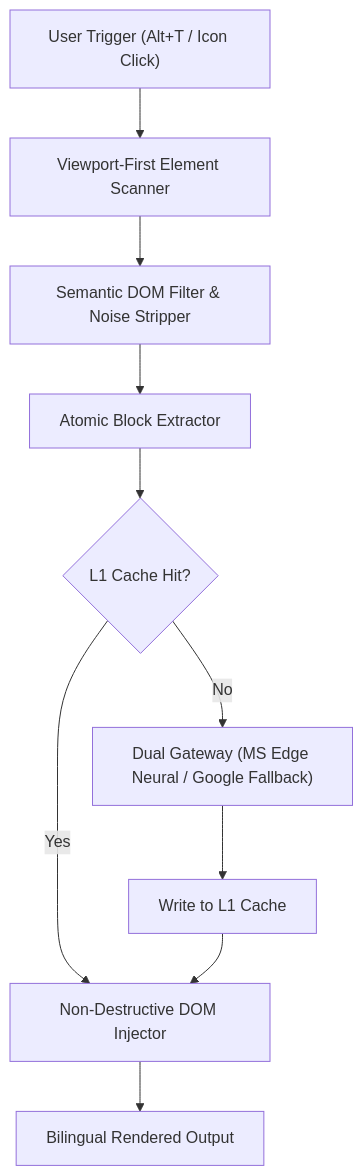
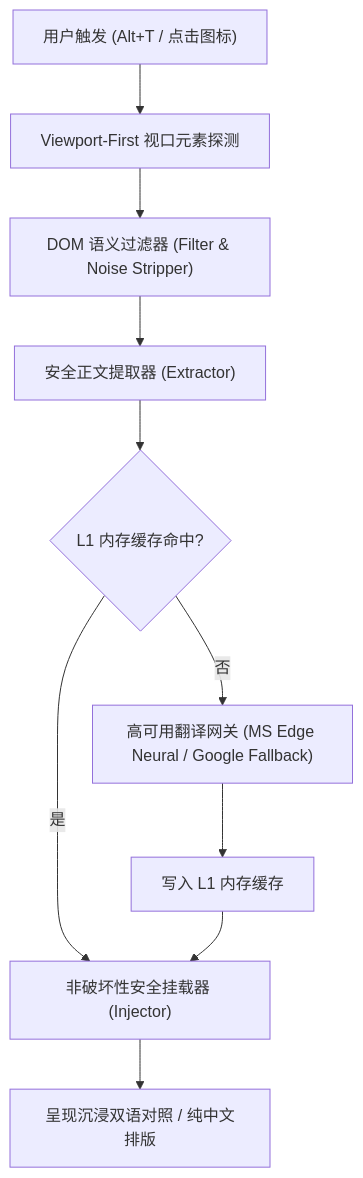
Before and after one commit to stwbos/translate-king: the diagram in README.md, drawn with Mermaid. The commit also changed other lines of this file and 2 other files, not shown here.

````diff
--- a/README.md
+++ b/README.md
@@ -75,12 +87,12 @@
 ```mermaid
 flowchart TD
-    A["User Trigger (Alt+T / Icon Click)"] --> B["Viewport-First Element Scanner"]
-    B --> C["Semantic DOM Filter & Noise Stripper"]
-    C --> D["Atomic Block Extractor"]
-    D --> E{"L1 Cache Hit?"}
-    E -- Yes --> G["Non-Destructive DOM Injector"]
-    E -- No --> F["Dual Gateway (MS Edge Neural / Google Fallback)"]
-    F --> H["Write to L1 Cache"]
+    A["用户触发 (Alt+T / 点击图标)"] --> B["Viewport-First 视口元素探测"]
+    B --> C["DOM 语义过滤器 (Filter & Noise Stripper)"]
+    C --> D["安全正文提取器 (Extractor)"]
+    D --> E{"L1 内存缓存命中?"}
+    E -- 是 --> G["非破坏性安全挂载器 (Injector)"]
+    E -- 否 --> F["高可用翻译网关 (MS Edge Neural / Google Fallback)"]
+    F --> H["写入 L1 内存缓存"]
     H --> G
-    G --> I["Bilingual Rendered Output"]
+    G --> I["呈现沉浸双语对照 / 纯中文排版"]
 ```
````
